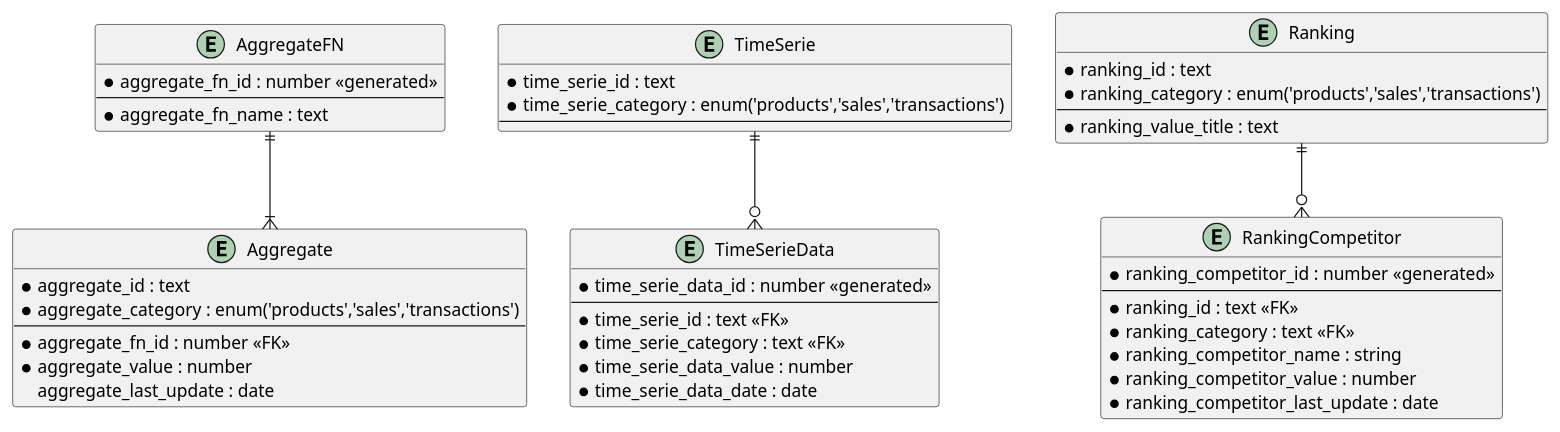
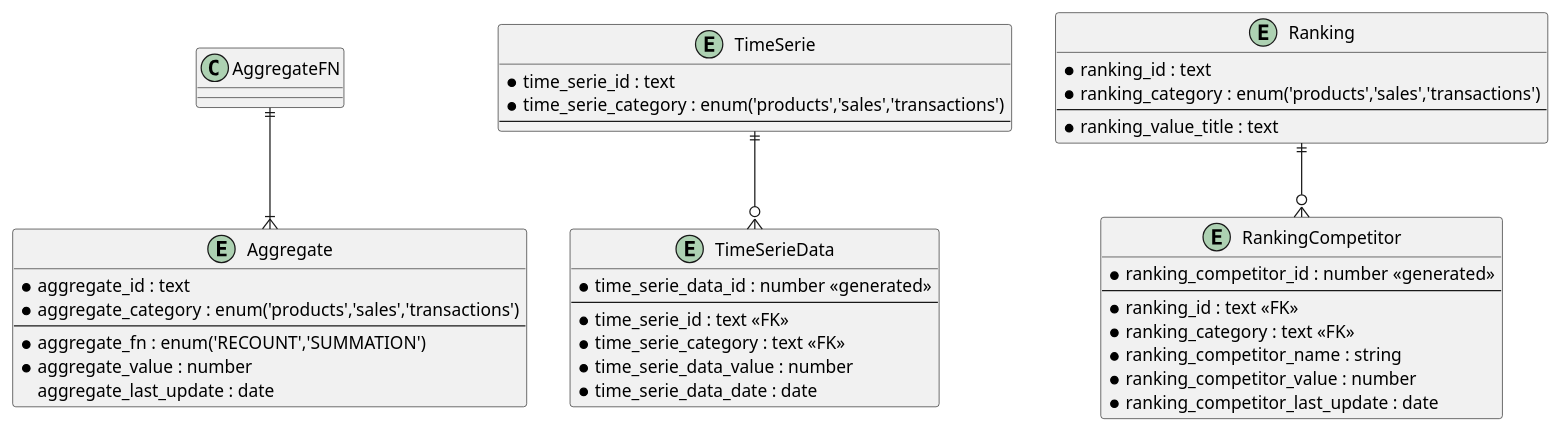
One commit to joav/simple-sales-business changed the diagram in docs/diagrams/database/database-metrics.puml. Above: the diagram before and after it, drawn with PlantUML.

Commit message:
Docs: Update databse metrics

```diff
--- a/docs/diagrams/database/database-metrics.puml
+++ b/docs/diagrams/database/database-metrics.puml
@@ -2,58 +2,52 @@
 @startuml Database metrics tables
 
 ' Aggregate
-entity AggregateFN {
-  * aggregate_fn_id : number <<generated>>
-  --
-  * aggregate_fn_name : text
-}
-
 entity Aggregate {
   * aggregate_id : text
   * aggregate_category : enum('products','sales','transactions')
   --
-  * aggregate_fn_id : number <<FK>>
+  * aggregate_fn : enum('RECOUNT','SUMMATION')
   * aggregate_value : number
   aggregate_last_update : date
 }
 
 AggregateFN ||--|{ Aggregate
 
 ' TimeSerie
 entity TimeSerie {
   * time_serie_id : text
   * time_serie_category : enum('products','sales','transactions')
   --
 }
 
 entity TimeSerieData {
   * time_serie_data_id : number <<generated>>
   --
   * time_serie_id : text <<FK>>
   * time_serie_category : text <<FK>>
   * time_serie_data_value : number
   * time_serie_data_date : date
 }
 
 TimeSerie ||--o{ TimeSerieData
 
 ' Ranking
 entity Ranking {
   * ranking_id : text
   * ranking_category : enum('products','sales','transactions')
   --
   * ranking_value_title : text
 }
 
 entity RankingCompetitor {
   * ranking_competitor_id : number <<generated>>
   --
   * ranking_id : text <<FK>>
   * ranking_category : text <<FK>>
   * ranking_competitor_name : string
   * ranking_competitor_value : number
   * ranking_competitor_last_update : date
 }
 
 Ranking ||--o{ RankingCompetitor
 @enduml
```
